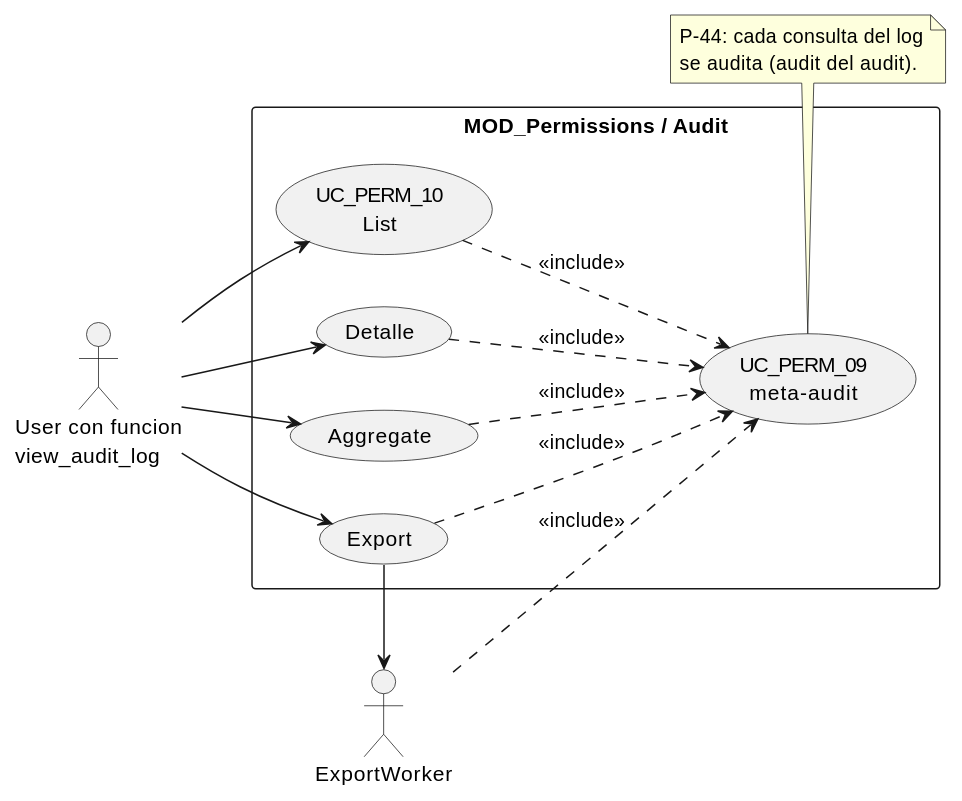
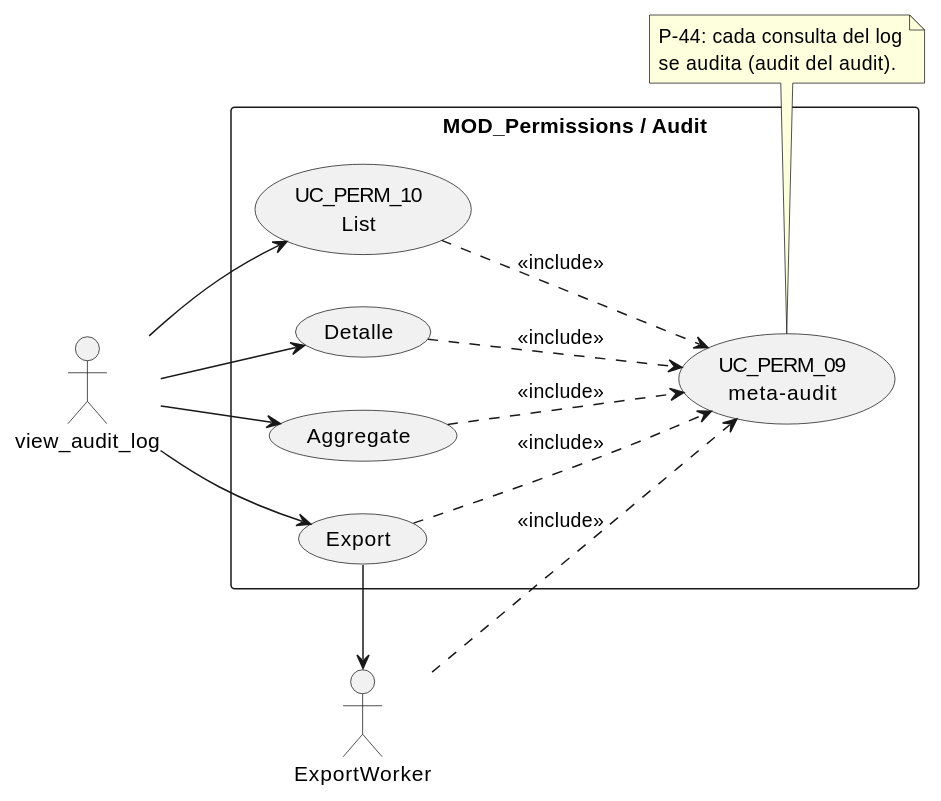
One commit to jcg-admin/IACT-docs changed the first of 4 diagrams in source/requisitos/casos-uso/permissions/uc-perm-10/diagramas-uml.rst. Above: the diagram before and after it, drawn with PlantUML. The commit also changed 77 other files, not shown here.

First line of the commit message:
Enforce RBAC function names as actors in all UML diagrams

```diff
--- a/source/requisitos/casos-uso/permissions/uc-perm-10/diagramas-uml.rst
+++ b/source/requisitos/casos-uso/permissions/uc-perm-10/diagramas-uml.rst
@@ -10,34 +10,34 @@
 .. uml::
  :caption: UC_PERM_10 — consultar audit
 
  @startuml
  left to right direction
 
- actor "User con funcion\nview_audit_log" as AUD
+ actor "view_audit_log" as AUD
  actor "ExportWorker" as EW
 
  rectangle "MOD_Permissions / Audit" {
    usecase "UC_PERM_10\nList" as L
    usecase "Detalle" as D
    usecase "Aggregate" as A
    usecase "Export" as E
    usecase "UC_PERM_09\nmeta-audit" as M
  }
 
  AUD --> L
  AUD --> D
  AUD --> A
  AUD --> E
  L ..> M : <<include>>
  D ..> M : <<include>>
  A ..> M : <<include>>
  E ..> M : <<include>>
  E --> EW
  EW ..> M : <<include>>
 
  note bottom
    P-44: cada consulta del log
    se audita (audit del audit).
  end note
 
  @enduml
```
